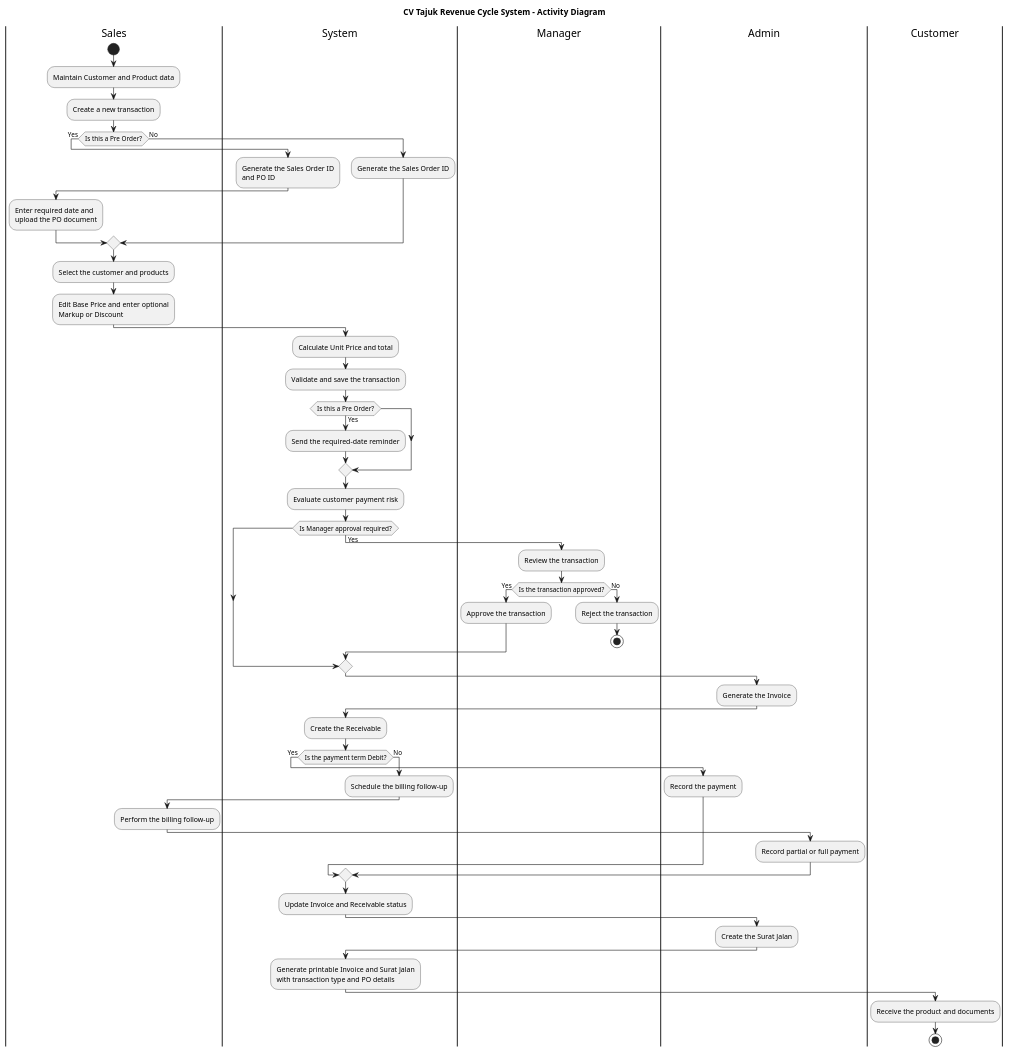
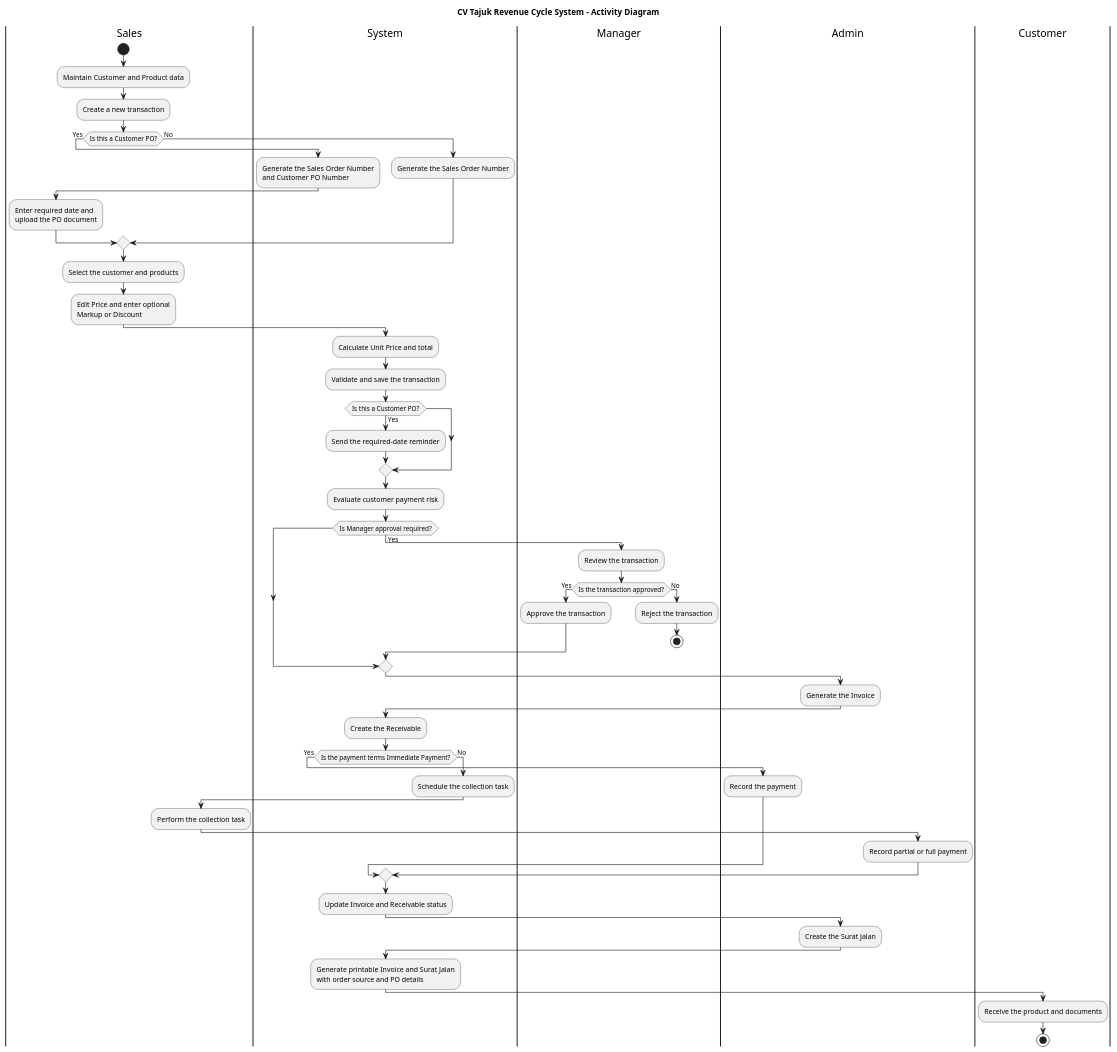
The diagram in docs/diagrams/revenue-cycle-activity-diagram.puml (Nicholas8889/Pre-Thesis-Information-Systems), drawn with PlantUML before and after one commit. The commit also changed 151 other files, not shown here.

```diff
--- a/docs/diagrams/revenue-cycle-activity-diagram.puml
+++ b/docs/diagrams/revenue-cycle-activity-diagram.puml
@@ -1,75 +1,75 @@
 @startuml
 title CV Tajuk Revenue Cycle System - Activity Diagram
 
 |Sales|
 start
 :Maintain Customer and Product data;
 :Create a new transaction;
 
-if (Is this a Pre Order?) then (Yes)
+if (Is this a Customer PO?) then (Yes)
   |System|
-  :Generate the Sales Order ID\nand PO ID;
+  :Generate the Sales Order Number\nand Customer PO Number;
   |Sales|
   :Enter required date and\nupload the PO document;
 else (No)
   |System|
-  :Generate the Sales Order ID;
+  :Generate the Sales Order Number;
 endif
 
 |Sales|
 :Select the customer and products;
-:Edit Base Price and enter optional\nMarkup or Discount;
+:Edit Price and enter optional\nMarkup or Discount;
 
 |System|
 :Calculate Unit Price and total;
 :Validate and save the transaction;
 
-if (Is this a Pre Order?) then (Yes)
+if (Is this a Customer PO?) then (Yes)
   :Send the required-date reminder;
 endif
 
 :Evaluate customer payment risk;
 
 if (Is Manager approval required?) then (Yes)
   |Manager|
   :Review the transaction;
   if (Is the transaction approved?) then (Yes)
     :Approve the transaction;
   else (No)
     :Reject the transaction;
     stop
   endif
 endif
 
 |Admin|
 :Generate the Invoice;
 
 |System|
 :Create the Receivable;
 
-if (Is the payment term Debit?) then (Yes)
+if (Is the payment terms Immediate Payment?) then (Yes)
   |Admin|
   :Record the payment;
 else (No)
   |System|
-  :Schedule the billing follow-up;
+  :Schedule the collection task;
   |Sales|
-  :Perform the billing follow-up;
+  :Perform the collection task;
   |Admin|
   :Record partial or full payment;
 endif
 
 |System|
 :Update Invoice and Receivable status;
 
 |Admin|
 :Create the Surat Jalan;
 
 |System|
-:Generate printable Invoice and Surat Jalan\nwith transaction type and PO details;
+:Generate printable Invoice and Surat Jalan\nwith order source and PO details;
 
 |Customer|
 :Receive the product and documents;
 stop
 
 @enduml
```
